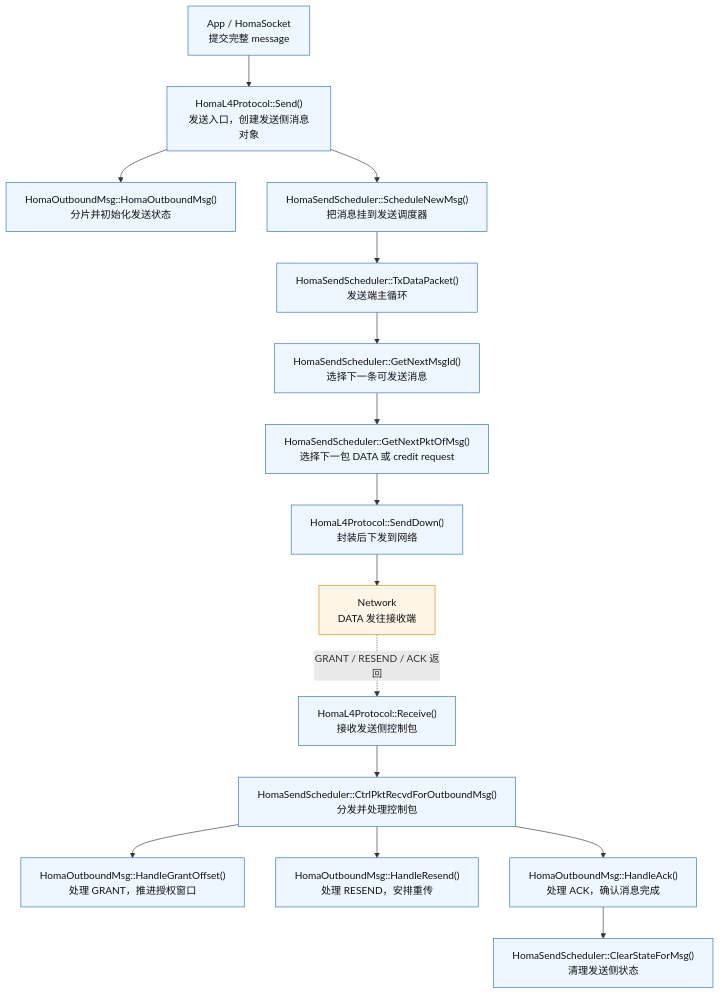
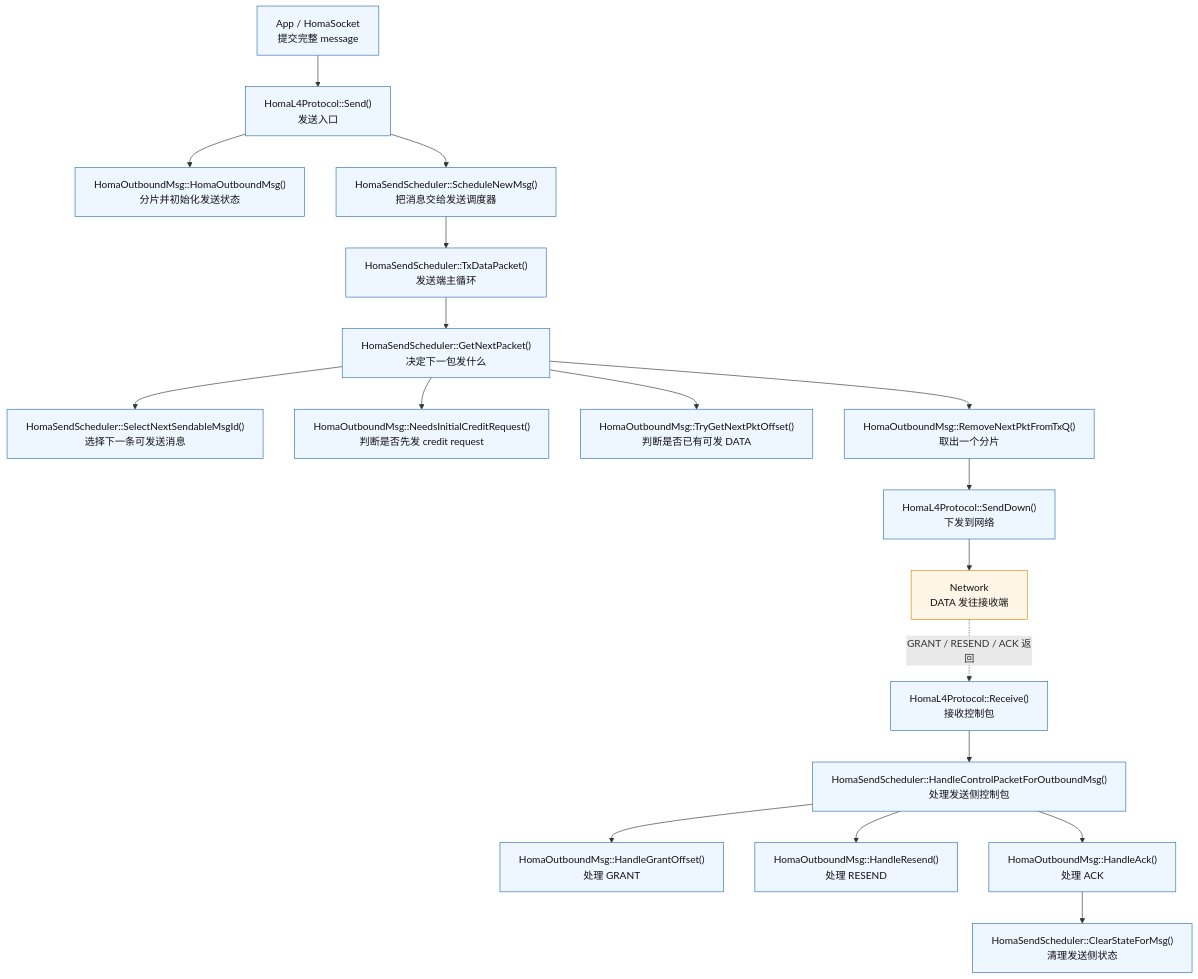
One commit to chendaichun/HomaL4Protocol-ns-3 changed the first of 2 diagrams in docs/homa_send_recv_call_graph_simple_zh.md. Above: the diagram before and after it, drawn with Mermaid. The commit also changed other lines of this file and 57 other files, not shown here.

Commit message:
Refactor Homa protocol and add sim1 RPC experiments

````diff
--- a/docs/homa_send_recv_call_graph_simple_zh.md
+++ b/docs/homa_send_recv_call_graph_simple_zh.md
@@ -14,23 +17,26 @@
 ```mermaid
 flowchart TD
-    A["App / HomaSocket<br/>提交完整 message"] --> B["HomaL4Protocol::Send()<br/>发送入口，创建发送侧消息对象"]
+    A["App / HomaSocket<br/>提交完整 message"] --> B["HomaL4Protocol::Send()<br/>发送入口"]
     B --> C["HomaOutboundMsg::HomaOutboundMsg()<br/>分片并初始化发送状态"]
-    B --> D["HomaSendScheduler::ScheduleNewMsg()<br/>把消息挂到发送调度器"]
+    B --> D["HomaSendScheduler::ScheduleNewMsg()<br/>把消息交给发送调度器"]
     D --> E["HomaSendScheduler::TxDataPacket()<br/>发送端主循环"]
-    E --> F["HomaSendScheduler::GetNextMsgId()<br/>选择下一条可发送消息"]
-    F --> G["HomaSendScheduler::GetNextPktOfMsg()<br/>选择下一包 DATA 或 credit request"]
-    G --> H["HomaL4Protocol::SendDown()<br/>封装后下发到网络"]
-    H --> I["Network<br/>DATA 发往接收端"]
+    E --> F["HomaSendScheduler::GetNextPacket()<br/>决定下一包发什么"]
+    F --> G["HomaSendScheduler::SelectNextSendableMsgId()<br/>选择下一条可发送消息"]
+    F --> H["HomaOutboundMsg::NeedsInitialCreditRequest()<br/>判断是否先发 credit request"]
+    F --> I["HomaOutboundMsg::TryGetNextPktOffset()<br/>判断是否已有可发 DATA"]
+    F --> J["HomaOutboundMsg::RemoveNextPktFromTxQ()<br/>取出一个分片"]
+    J --> K["HomaL4Protocol::SendDown()<br/>下发到网络"]
+    K --> L["Network<br/>DATA 发往接收端"]
 
-    I -. "GRANT / RESEND / ACK 返回" .-> J["HomaL4Protocol::Receive()<br/>接收发送侧控制包"]
-    J --> K["HomaSendScheduler::CtrlPktRecvdForOutboundMsg()<br/>分发并处理控制包"]
-    K --> L["HomaOutboundMsg::HandleGrantOffset()<br/>处理 GRANT，推进授权窗口"]
-    K --> M["HomaOutboundMsg::HandleResend()<br/>处理 RESEND，安排重传"]
-    K --> N["HomaOutboundMsg::HandleAck()<br/>处理 ACK，确认消息完成"]
-    N --> O["HomaSendScheduler::ClearStateForMsg()<br/>清理发送侧状态"]
+    L -. "GRANT / RESEND / ACK 返回" .-> M["HomaL4Protocol::Receive()<br/>接收控制包"]
+    M --> N["HomaSendScheduler::HandleControlPacketForOutboundMsg()<br/>处理发送侧控制包"]
+    N --> O["HomaOutboundMsg::HandleGrantOffset()<br/>处理 GRANT"]
+    N --> P["HomaOutboundMsg::HandleResend()<br/>处理 RESEND"]
+    N --> Q["HomaOutboundMsg::HandleAck()<br/>处理 ACK"]
+    Q --> R["HomaSendScheduler::ClearStateForMsg()<br/>清理发送侧状态"]
 
     classDef sender fill:#eef6ff,stroke:#2f6fb3,stroke-width:1px,color:#111;
     classDef network fill:#fff6e8,stroke:#d88900,stroke-width:1px,color:#111;
-    class A,B,C,D,E,F,G,H,J,K,L,M,N,O sender;
-    class I network;
+    class A,B,C,D,E,F,G,H,I,J,K,M,N,O,P,Q,R sender;
+    class L network;
 ```
````
